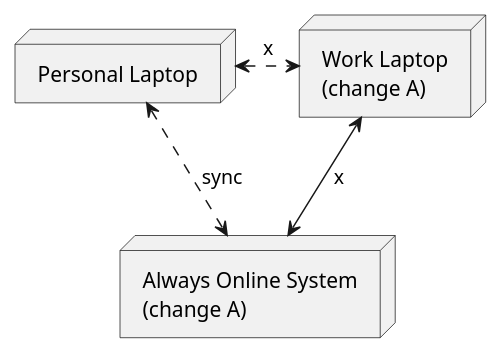
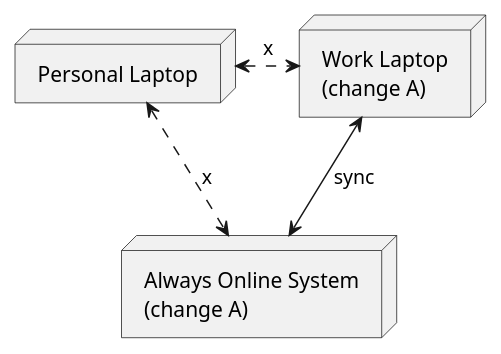
One commit to UnresolvedCold/blog changed the fourth of 4 diagrams in src/content/blog/2023-08-15-elfeed-sync-between-multiple-systems.mdx. Above: the diagram before and after it, drawn with PlantUML.

````diff
--- a/src/content/blog/2023-08-15-elfeed-sync-between-multiple-systems.mdx
+++ b/src/content/blog/2023-08-15-elfeed-sync-between-multiple-systems.mdx
@@ -180,9 +180,9 @@
     ```plantuml alt=Websocket Protocol, width=90%
         node "Personal Laptop" as Personal
         node "Work Laptop\n(change A)" as Work
         node "Always Online System\n(change A)" as Online
 
         Personal <.right.> Work : x
-        Personal <.down.> Online : sync
-        Work <-down-> Online : x
+        Personal <.down.> Online : x
+        Work <-down-> Online : sync
     ```
````
